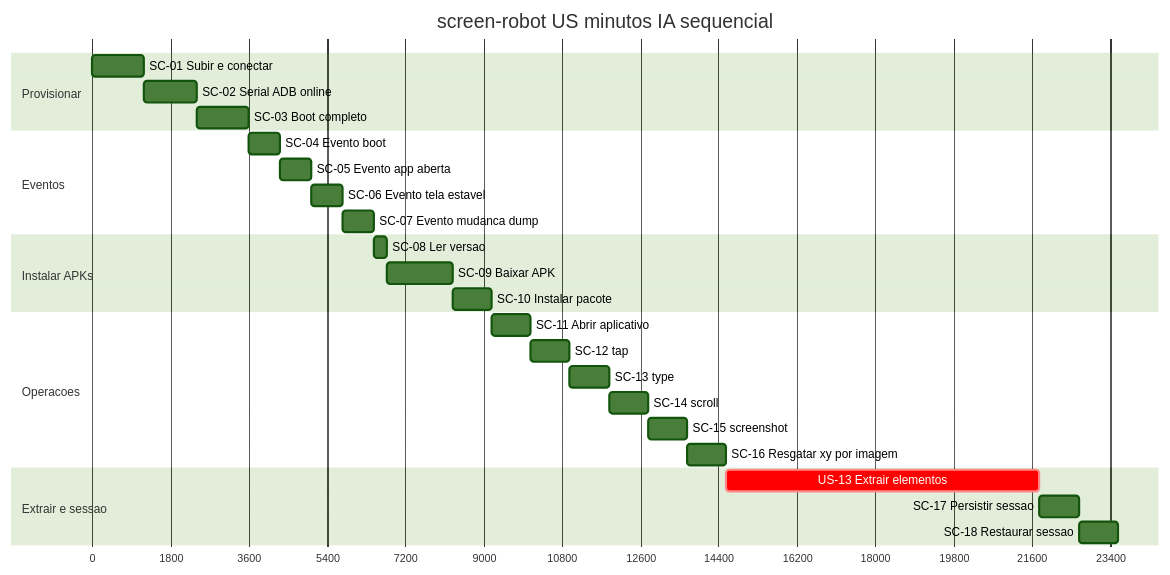
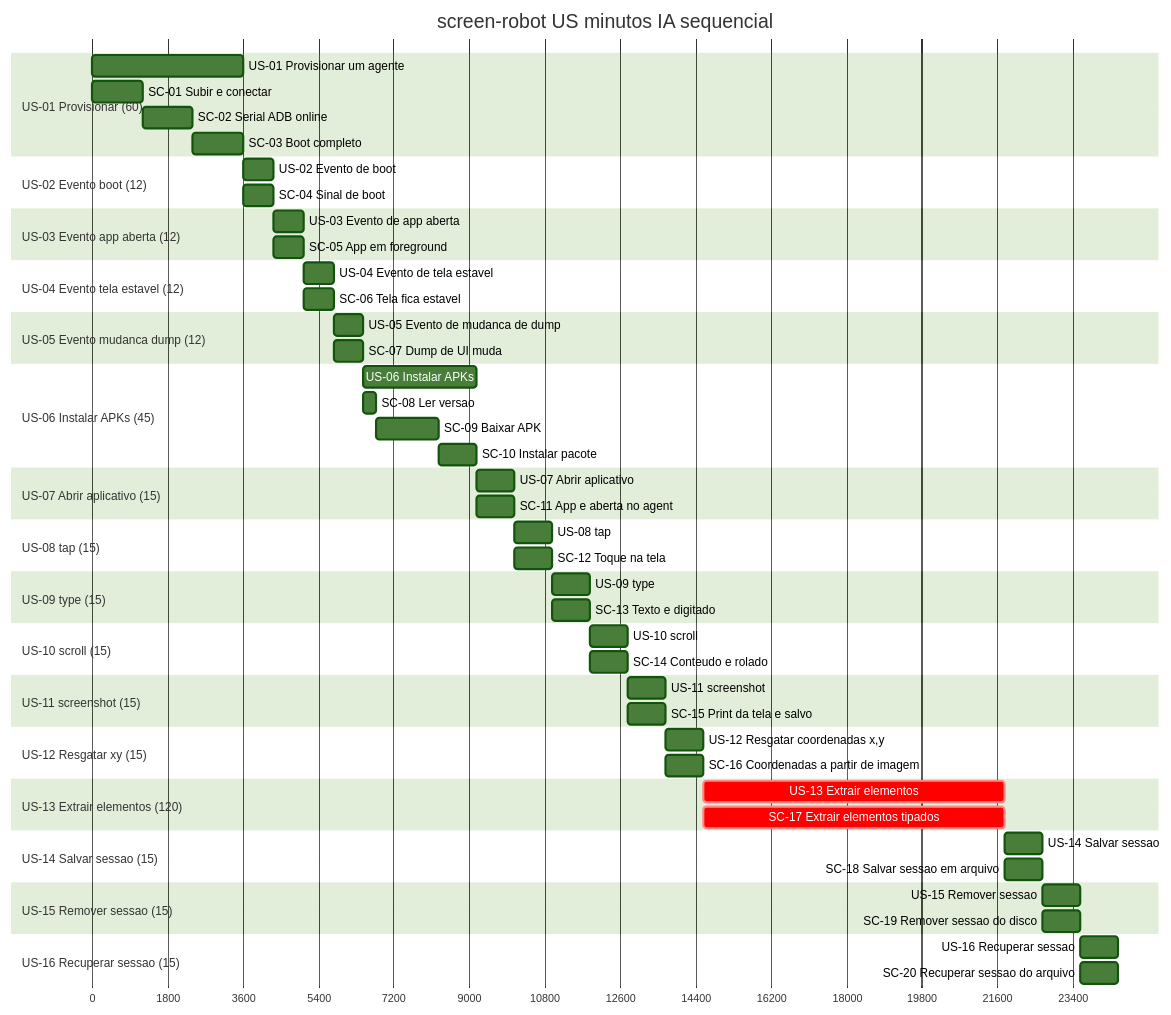
One commit to laerciogermano/workstation changed the diagram in connectmax/screen-robot/docs/tasks.md. Above: the diagram before and after it, drawn with Mermaid (forest theme). The commit also changed other lines of this file, not shown here.

Commit message:
Reorganiza o Gantt do screen-robot: barra pai por US e filhas por SC.

````diff
--- a/connectmax/screen-robot/docs/tasks.md
+++ b/connectmax/screen-robot/docs/tasks.md
@@ -54,35 +60,74 @@
 ```mermaid
 gantt
   title screen-robot US minutos IA sequencial
   dateFormat X
   axisFormat %s
 
-  section Provisionar
-  SC-01 Subir e conectar         :p1, 0, 20m
-  SC-02 Serial ADB online        :p2, after p1, 20m
-  SC-03 Boot completo            :p3, after p2, 20m
+  section US-01 Provisionar (60)
+  US-01 Provisionar um agente           :us01, 0, 60m
+  SC-01 Subir e conectar                :sc01, 0, 20m
+  SC-02 Serial ADB online               :sc02, after sc01, 20m
+  SC-03 Boot completo                   :sc03, after sc02, 20m
 
-  section Eventos
-  SC-04 Evento boot              :e1, after p3, 12m
-  SC-05 Evento app aberta        :e2, after e1, 12m
-  SC-06 Evento tela estavel      :e3, after e2, 12m
-  SC-07 Evento mudanca dump      :e4, after e3, 12m
+  section US-02 Evento boot (12)
+  US-02 Evento de boot                  :us02, after us01, 12m
+  SC-04 Sinal de boot                   :sc04, after us01, 12m
 
-  section Instalar APKs
-  SC-08 Ler versao               :i1, after e4, 5m
-  SC-09 Baixar APK               :i2, after i1, 25m
-  SC-10 Instalar pacote          :i3, after i2, 15m
+  section US-03 Evento app aberta (12)
+  US-03 Evento de app aberta            :us03, after us02, 12m
+  SC-05 App em foreground               :sc05, after us02, 12m
 
-  section Operacoes
-  SC-11 Abrir aplicativo         :o1, after i3, 15m
-  SC-12 tap                      :o2, after o1, 15m
-  SC-13 type                     :o3, after o2, 15m
-  SC-14 scroll                   :o4, after o3, 15m
-  SC-15 screenshot               :o5, after o4, 15m
-  SC-16 Resgatar xy por imagem   :o6, after o5, 15m
+  section US-04 Evento tela estavel (12)
+  US-04 Evento de tela estavel          :us04, after us03, 12m
+  SC-06 Tela fica estavel               :sc06, after us03, 12m
 
-  section Extrair e sessao
-  US-13 Extrair elementos          :crit, x1, after o6, 120m
-  SC-17 Persistir sessao         :s1, after x1, 15m
-  SC-18 Restaurar sessao         :s2, after s1, 15m
+  section US-05 Evento mudanca dump (12)
+  US-05 Evento de mudanca de dump       :us05, after us04, 12m
+  SC-07 Dump de UI muda                 :sc07, after us04, 12m
+
+  section US-06 Instalar APKs (45)
+  US-06 Instalar APKs                   :us06, after us05, 45m
+  SC-08 Ler versao                      :sc08, after us05, 5m
+  SC-09 Baixar APK                      :sc09, after sc08, 25m
+  SC-10 Instalar pacote                 :sc10, after sc09, 15m
+
+  section US-07 Abrir aplicativo (15)
+  US-07 Abrir aplicativo                :us07, after us06, 15m
+  SC-11 App e aberta no agent           :sc11, after us06, 15m
+
+  section US-08 tap (15)
+  US-08 tap                             :us08, after us07, 15m
+  SC-12 Toque na tela                   :sc12, after us07, 15m
+
+  section US-09 type (15)
+  US-09 type                            :us09, after us08, 15m
+  SC-13 Texto e digitado                :sc13, after us08, 15m
+
+  section US-10 scroll (15)
+  US-10 scroll                          :us10, after us09, 15m
+  SC-14 Conteudo e rolado               :sc14, after us09, 15m
+
+  section US-11 screenshot (15)
+  US-11 screenshot                      :us11, after us10, 15m
+  SC-15 Print da tela e salvo           :sc15, after us10, 15m
+
+  section US-12 Resgatar xy (15)
+  US-12 Resgatar coordenadas x,y        :us12, after us11, 15m
+  SC-16 Coordenadas a partir de imagem  :sc16, after us11, 15m
+
+  section US-13 Extrair elementos (120)
+  US-13 Extrair elementos               :crit, us13, after us12, 120m
+  SC-17 Extrair elementos tipados       :crit, sc17, after us12, 120m
+
+  section US-14 Salvar sessao (15)
+  US-14 Salvar sessao                   :us14, after us13, 15m
+  SC-18 Salvar sessao em arquivo        :sc18, after us13, 15m
+
+  section US-15 Remover sessao (15)
+  US-15 Remover sessao                  :us15, after us14, 15m
+  SC-19 Remover sessao do disco         :sc19, after us14, 15m
+
+  section US-16 Recuperar sessao (15)
+  US-16 Recuperar sessao                :us16, after us15, 15m
+  SC-20 Recuperar sessao do arquivo     :sc20, after us15, 15m
 ```
````
